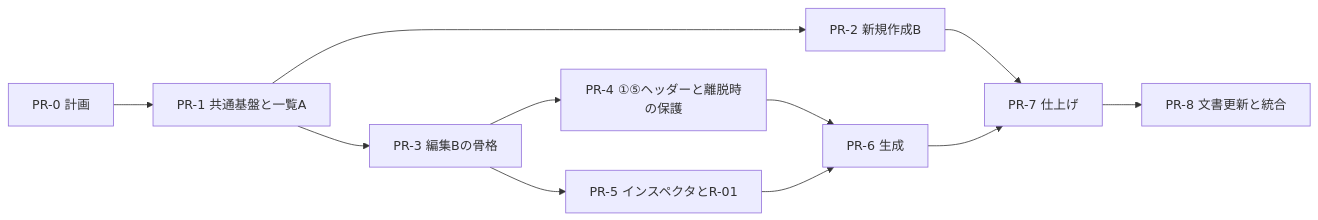
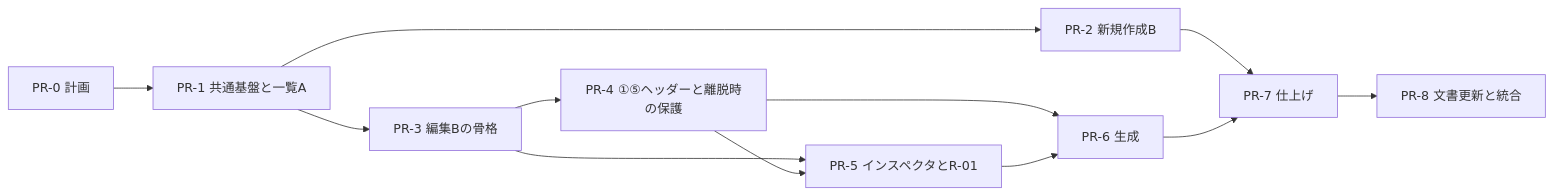
One commit to fujihara-masaki/fta-202605 changed the diagram in fta_tool/docs/ui-redesign-implementation-plan.md. Above: the diagram before and after it, drawn with Mermaid. The commit also changed other lines of this file and 1 other file, not shown here.

````diff
--- a/fta_tool/docs/ui-redesign-implementation-plan.md
+++ b/fta_tool/docs/ui-redesign-implementation-plan.md
@@ -660,13 +835,14 @@
 ```mermaid
 graph LR
   PR0[PR-0 計画] --> PR1[PR-1 共通基盤と一覧A]
   PR1 --> PR2[PR-2 新規作成B]
   PR1 --> PR3[PR-3 編集Bの骨格]
   PR3 --> PR4[PR-4 ①⑤ヘッダーと離脱時の保護]
   PR3 --> PR5[PR-5 インスペクタとR-01]
+  PR4 --> PR5
   PR4 --> PR6[PR-6 生成]
   PR5 --> PR6
   PR2 --> PR7[PR-7 仕上げ]
   PR6 --> PR7
   PR7 --> PR8[PR-8 文書更新と統合]
 ```
````
